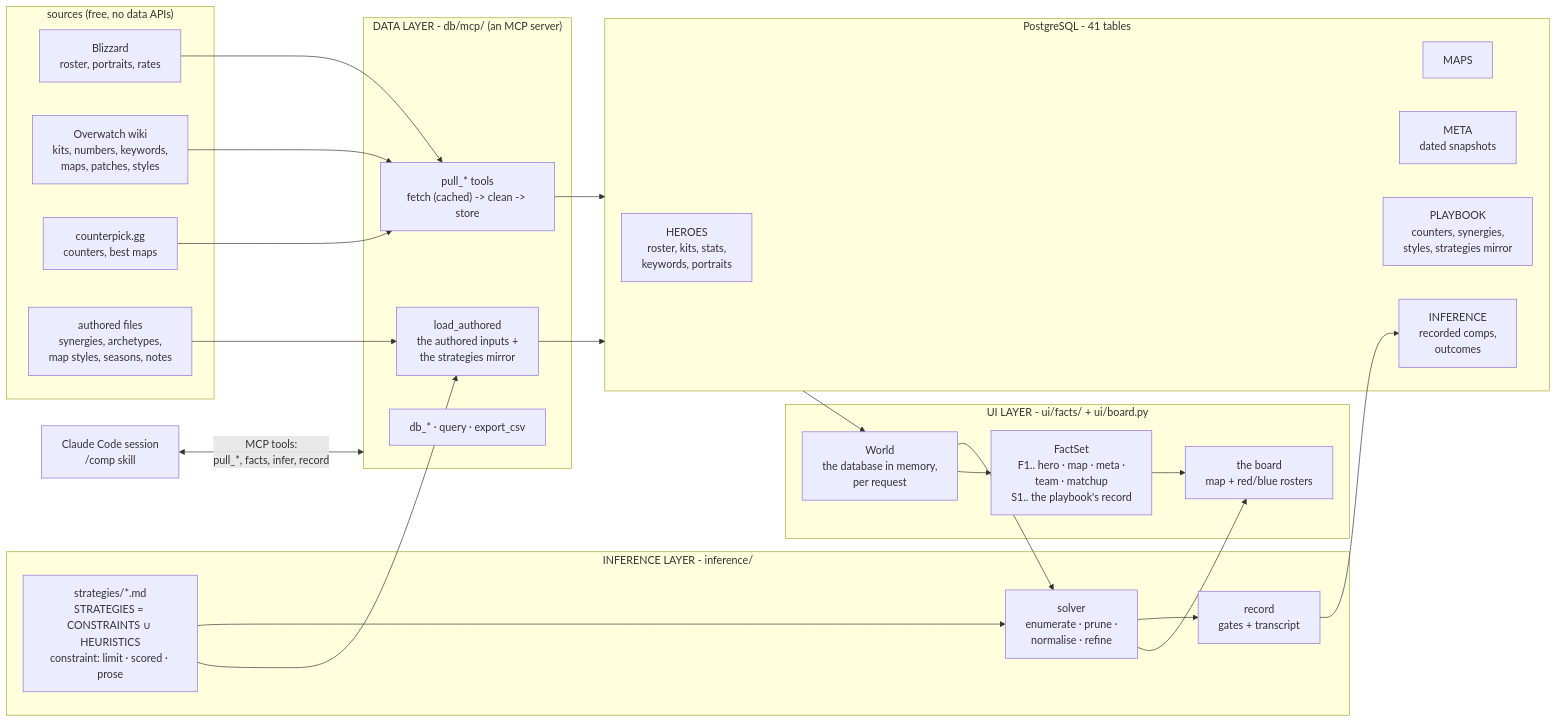
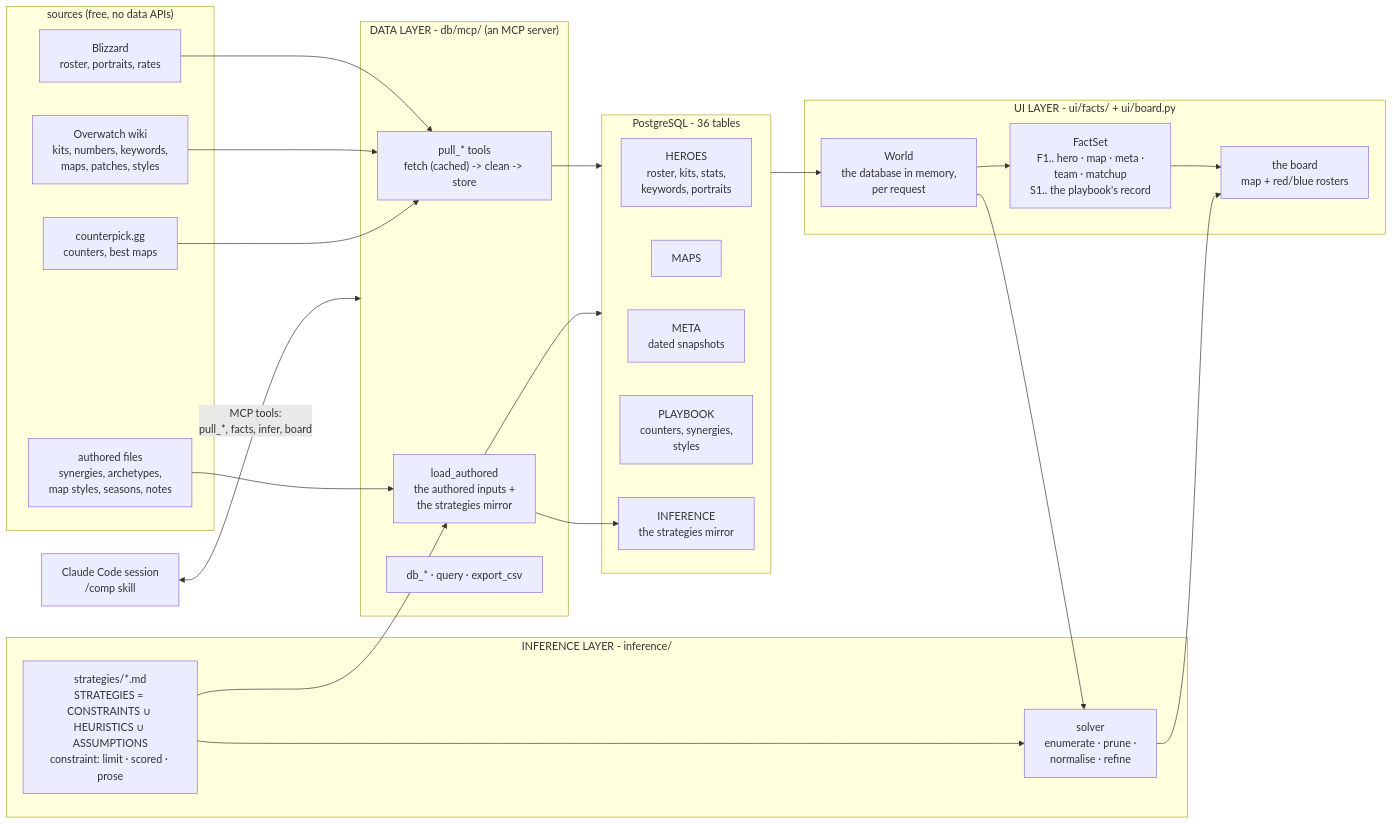
One commit to mmikol/counter-utility-matrix changed the first of 2 diagrams in docs/architecture.md. Above: the diagram before and after it, drawn with Mermaid. The commit also changed other lines of this file and 42 other files, not shown here.

First line of the commit message:
Recording is gone: no stored comps, no outcomes, no fit, no transcripts

````diff
--- a/docs/architecture.md
+++ b/docs/architecture.md
@@ -31,46 +31,45 @@
 ```mermaid
 flowchart LR
     subgraph SOURCES["sources (free, no data APIs)"]
         BLZ["Blizzard<br/>roster, portraits, rates"]
         WIKI["Overwatch wiki<br/>kits, numbers, keywords,<br/>maps, patches, styles"]
         CPK["counterpick.gg<br/>counters, best maps"]
         CSV["authored files<br/>synergies, archetypes,<br/>map styles, seasons, notes"]
     end
 
     subgraph DATA["DATA LAYER - db/mcp/ (an MCP server)"]
         PULL["pull_* tools<br/>fetch (cached) -> clean -> store"]
         PLAY["load_authored<br/>the authored inputs +<br/>the strategies mirror"]
         DBT["db_* · query · export_csv"]
     end
 
-    subgraph PG["PostgreSQL - 41 tables"]
+    subgraph PG["PostgreSQL - 36 tables"]
         HEROES["HEROES<br/>roster, kits, stats,<br/>keywords, portraits"]
         MAPS["MAPS"]
         META["META<br/>dated snapshots"]
-        PLAYBOOK["PLAYBOOK<br/>counters, synergies,<br/>styles, strategies mirror"]
-        INF["INFERENCE<br/>recorded comps,<br/>outcomes"]
+        PLAYBOOK["PLAYBOOK<br/>counters, synergies,<br/>styles"]
+        INF["INFERENCE<br/>the strategies mirror"]
     end
 
     subgraph USER["UI LAYER - ui/facts/ + ui/board.py"]
         WORLD["World<br/>the database in memory,<br/>per request"]
         FACTS["FactSet<br/>F1.. hero · map · meta ·<br/>team · matchup<br/>S1.. the playbook's record"]
         BOARD["the board<br/>map + red/blue rosters"]
     end
 
     subgraph INFER["INFERENCE LAYER - inference/"]
-        HEUR["strategies/*.md<br/>STRATEGIES = CONSTRAINTS ∪ HEURISTICS<br/>constraint: limit · scored · prose"]
+        HEUR["strategies/*.md<br/>STRATEGIES = CONSTRAINTS ∪ HEURISTICS ∪ ASSUMPTIONS<br/>constraint: limit · scored · prose"]
         SOLVER["solver<br/>enumerate · prune ·<br/>normalise · refine"]
-        REC["record<br/>gates + transcript"]
     end
 
     BLZ & WIKI & CPK --> PULL
     CSV --> PLAY
     HEUR --> PLAY
+    PLAY --> INF
     PULL & PLAY --> PG
     PG --> WORLD --> FACTS --> BOARD
     WORLD --> SOLVER
     HEUR --> SOLVER
     SOLVER --> BOARD
-    SOLVER --> REC --> INF
-    CHAT["Claude Code session<br/>/comp skill"] <-->|"MCP tools:<br/>pull_*, facts, infer, record"| DATA
+    CHAT["Claude Code session<br/>/comp skill"] <-->|"MCP tools:<br/>pull_*, facts, infer, board"| DATA
 ```
````
